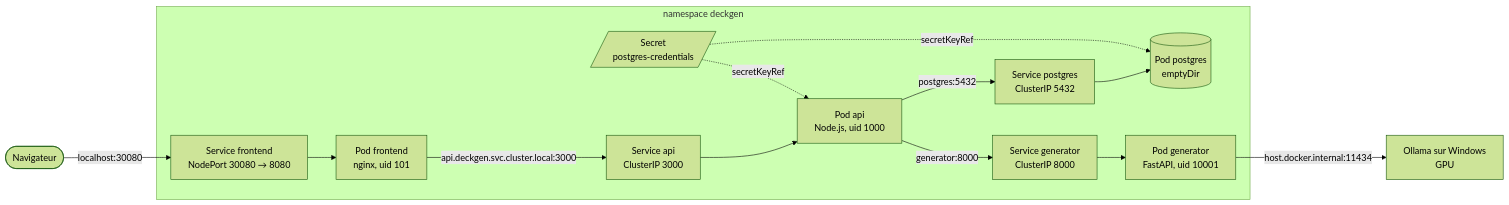
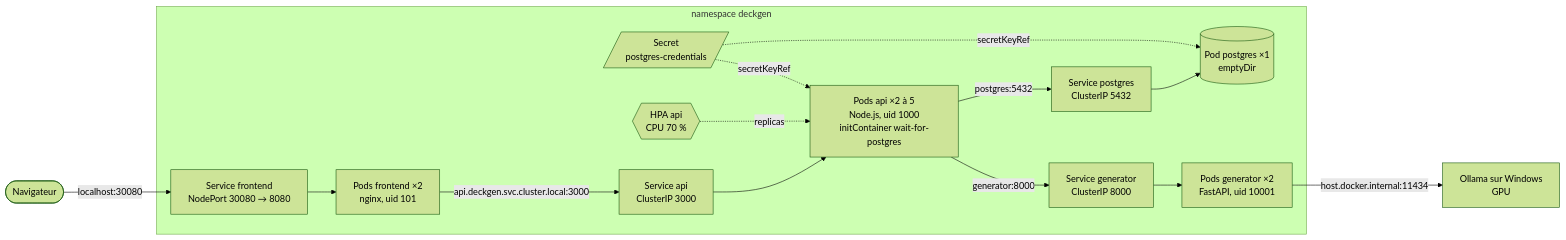
One commit to marc-awad/deckgen changed the diagram in docs/kubernetes.md. Above: the diagram before and after it, drawn with Mermaid (forest theme). The commit also changed other lines of this file and 8 other files, not shown here.

````diff
--- a/docs/kubernetes.md
+++ b/docs/kubernetes.md
@@ -10,18 +11,19 @@
 ```mermaid
 flowchart LR
     user([Navigateur]) -- "localhost:30080" --> svcF
 
     subgraph ns [namespace deckgen]
-        svcF[Service frontend<br/>NodePort 30080 → 8080] --> podF[Pod frontend<br/>nginx, uid 101]
+        svcF[Service frontend<br/>NodePort 30080 → 8080] --> podF[Pods frontend ×2<br/>nginx, uid 101]
         podF -- "api.deckgen.svc.cluster.local:3000" --> svcA[Service api<br/>ClusterIP 3000]
-        svcA --> podA[Pod api<br/>Node.js, uid 1000]
+        svcA --> podA[Pods api ×2 à 5<br/>Node.js, uid 1000<br/>initContainer wait-for-postgres]
+        hpa{{HPA api<br/>CPU 70 %}} -. replicas .-> podA
         podA -- "postgres:5432" --> svcP[Service postgres<br/>ClusterIP 5432]
-        svcP --> podP[(Pod postgres<br/>emptyDir)]
+        svcP --> podP[(Pod postgres ×1<br/>emptyDir)]
         podA -- "generator:8000" --> svcG[Service generator<br/>ClusterIP 8000]
-        svcG --> podG[Pod generator<br/>FastAPI, uid 10001]
+        svcG --> podG[Pods generator ×2<br/>FastAPI, uid 10001]
         secret[/Secret<br/>postgres-credentials/] -. secretKeyRef .-> podP
         secret -. secretKeyRef .-> podA
     end
 
     podG -- "host.docker.internal:11434" --> ollama[Ollama sur Windows<br/>GPU]
 ```
````
